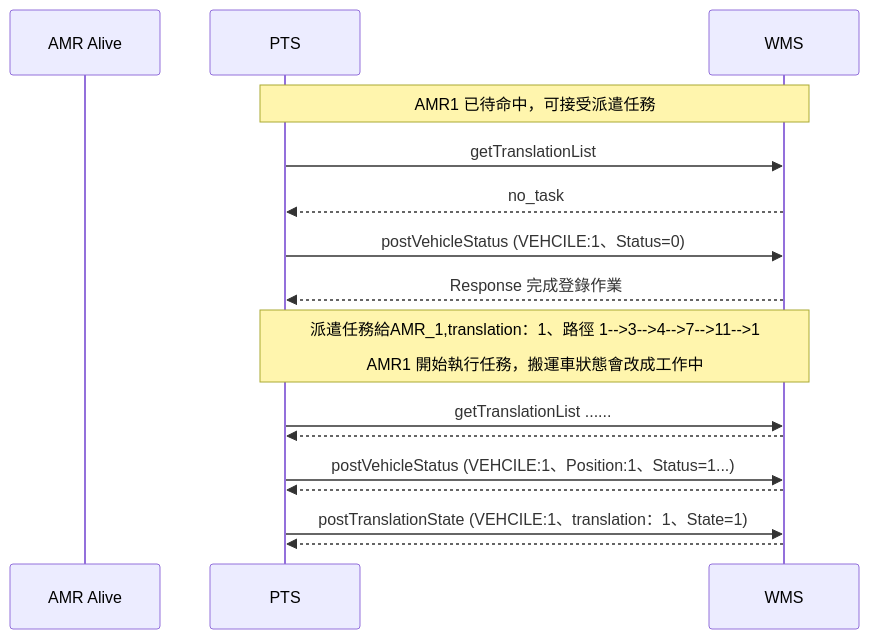
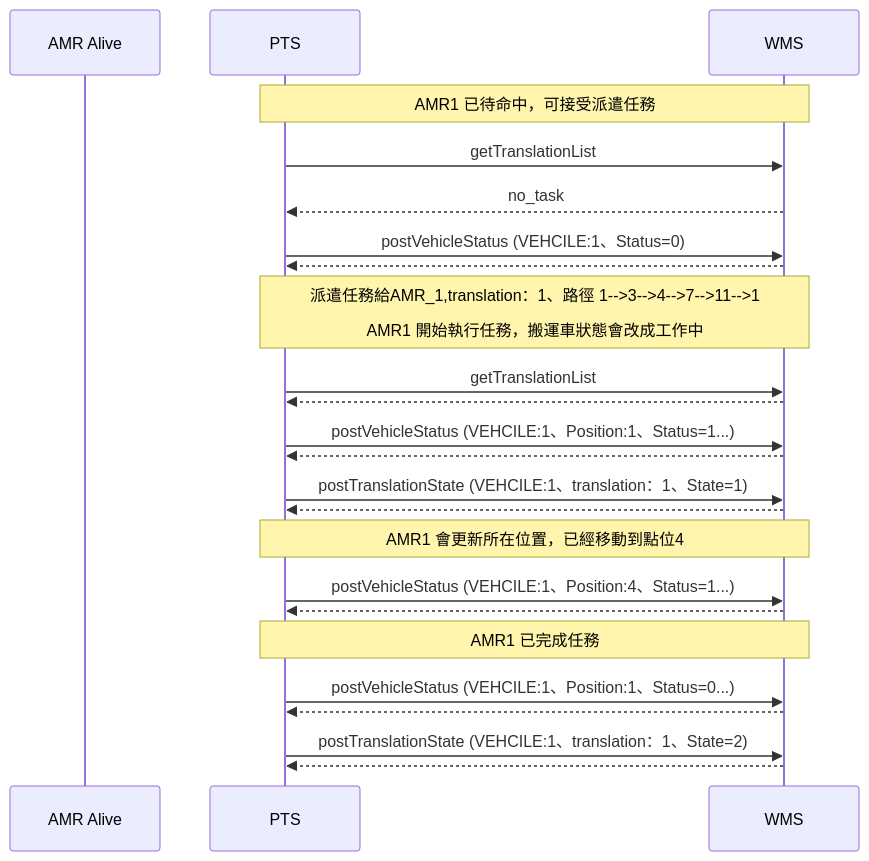
The sixth of 6 diagrams in README.md (athena-tircgo/amr-wms-lsj), drawn with Mermaid before and after one commit.

````diff
--- a/README.md
+++ b/README.md
@@ -340,21 +340,31 @@
 ```mermaid
 sequenceDiagram
     participant AMR Alive
     participant PTS
     participant WMS
 
 note over PTS,WMS: AMR1 已待命中，可接受派遣任務
         PTS->>WMS: getTranslationList
         WMS-->>PTS: no_task
         PTS->>WMS: postVehicleStatus (VEHCILE:1、Status=0)
-        WMS-->>PTS: Response 完成登錄作業
+        WMS-->>PTS:
         
 note over PTS,WMS: 派遣任務給AMR_1,translation：1、路徑 1-->3-->4-->7-->11-->1<br><br>AMR1 開始執行任務，搬運車狀態會改成工作中
-     PTS->>WMS: getTranslationList ......
+     PTS->>WMS: getTranslationList
      WMS-->>PTS:
      PTS->>WMS: postVehicleStatus (VEHCILE:1、Position:1、Status=1...)
      WMS-->>PTS:
      PTS->>WMS: postTranslationState (VEHCILE:1、translation：1、State=1)
      WMS-->>PTS:
 
+note over PTS,WMS: AMR1 會更新所在位置，已經移動到點位4
+     PTS->>WMS: postVehicleStatus (VEHCILE:1、Position:4、Status=1...)
+     WMS-->>PTS:
+
+note over PTS,WMS: AMR1 已完成任務
+     PTS->>WMS: postVehicleStatus (VEHCILE:1、Position:1、Status=0...)
+     WMS-->>PTS:
+     PTS->>WMS: postTranslationState (VEHCILE:1、translation：1、State=2)
+     WMS-->>PTS:
+
 ```
````
